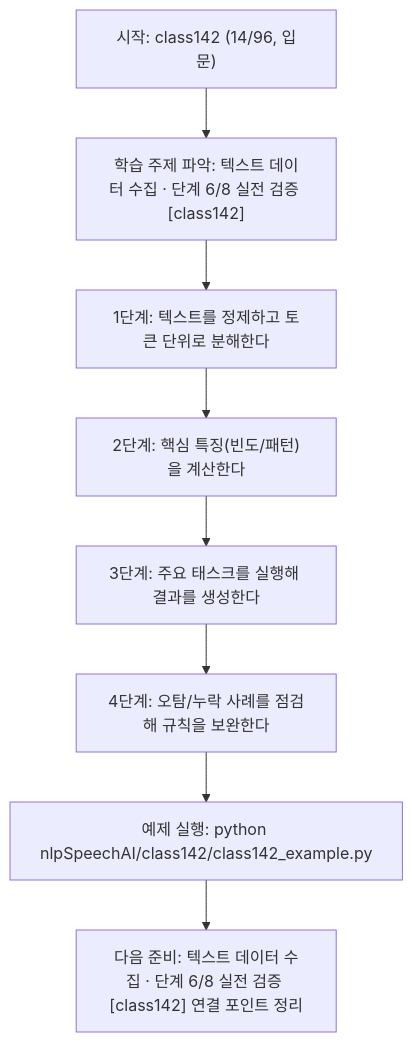
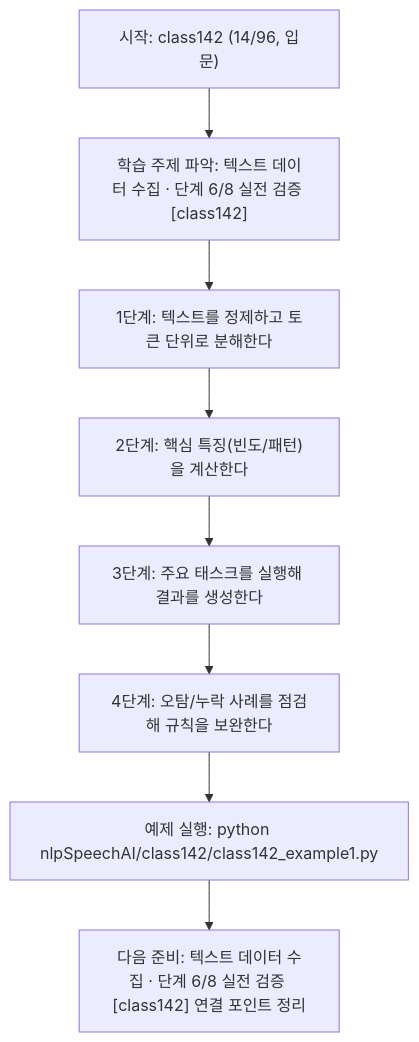
Before and after one commit to edumgt/Python-AI_Agent-Class: the diagram in nlpSpeechAI/class142/class142.md, drawn with Mermaid. The commit also changed other lines of this file and 2959 other files, not shown here.

````diff
--- a/nlpSpeechAI/class142/class142.md
+++ b/nlpSpeechAI/class142/class142.md
@@ -114,18 +114,18 @@
 ```mermaid
 flowchart TD
 N1["시작: class142 (14/96, 입문)"]
 N2["학습 주제 파악: 텍스트 데이터 수집 · 단계 6/8 실전 검증 [class142]"]
 N3["1단계: 텍스트를 정제하고 토큰 단위로 분해한다"]
 N4["2단계: 핵심 특징(빈도/패턴)을 계산한다"]
 N5["3단계: 주요 태스크를 실행해 결과를 생성한다"]
 N6["4단계: 오탐/누락 사례를 점검해 규칙을 보완한다"]
-N7["예제 실행: python nlpSpeechAI/class142/class142_example.py"]
+N7["예제 실행: python nlpSpeechAI/class142/class142_example1.py"]
 N8["다음 준비: 텍스트 데이터 수집 · 단계 6/8 실전 검증 [class142] 연결 포인트 정리"]
 N1 --> N2
 N2 --> N3
 N3 --> N4
 N4 --> N5
 N5 --> N6
 N6 --> N7
 N7 --> N8
 ```
````
